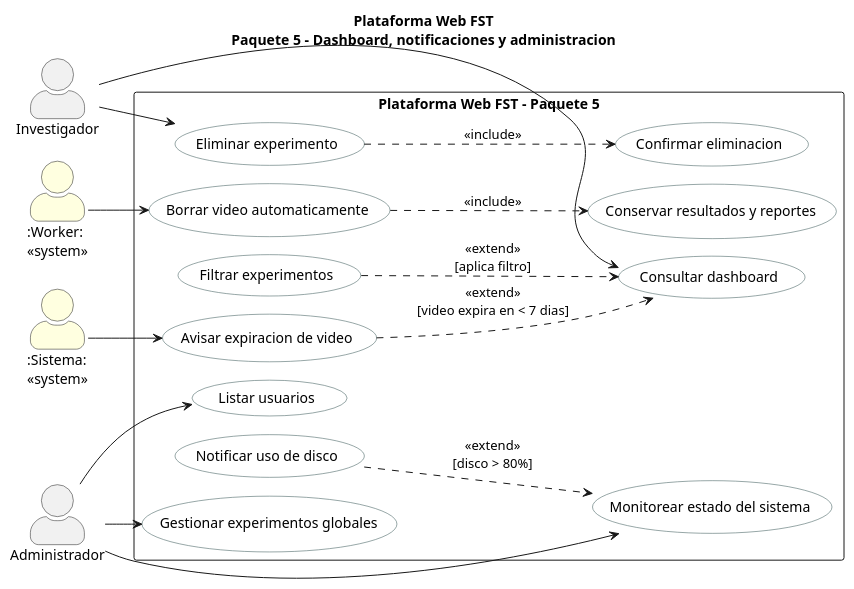
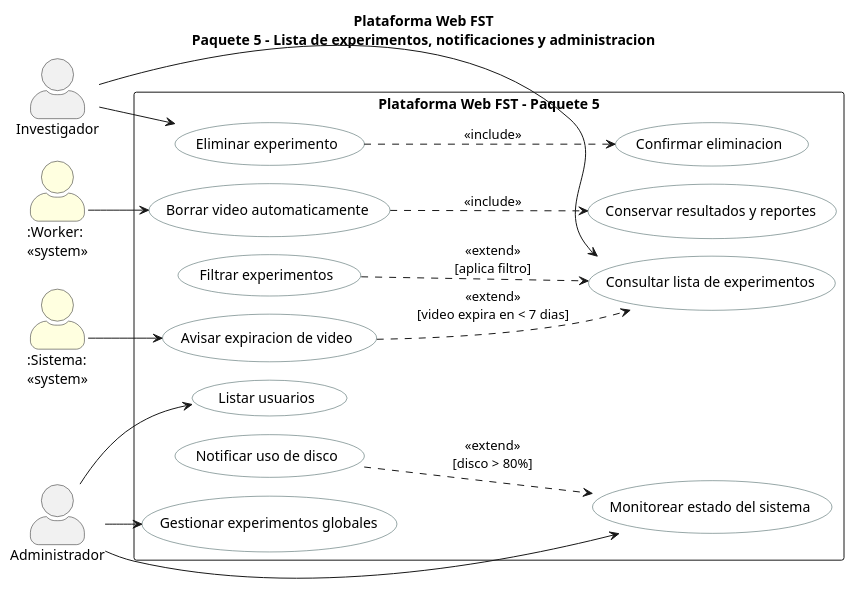
Diagram 21 of 39 in INSTRUCCIONES-WEB.md (ErickJester/fst-ai-system-latex), drawn with PlantUML before and after one commit. The commit also changed other lines of this file and 89 other files, not shown here.

````diff
--- a/INSTRUCCIONES-WEB.md
+++ b/INSTRUCCIONES-WEB.md
@@ -2264,42 +2261,42 @@
 ```plantuml
 @startuml cu_paquete5
 !pragma layout smetana
-title Plataforma Web FST\nPaquete 5 - Dashboard, notificaciones y administracion
+title Plataforma Web FST\nPaquete 5 - Lista de experimentos, notificaciones y administracion
 left to right direction
 skinparam packageStyle rectangle
 skinparam actorStyle awesome
 skinparam usecase {
   BackgroundColor White
   BorderColor DarkSlateGray
 }
 actor "Investigador" as INV
 actor "Administrador" as ADMIN
 actor ":Worker:\n<<system>>" as WRK #LightYellow
 actor ":Sistema:\n<<system>>" as SYS #LightYellow
 rectangle "Plataforma Web FST - Paquete 5" {
-  usecase "Consultar dashboard" as UC51
+  usecase "Consultar lista de experimentos" as UC51
   usecase "Filtrar experimentos" as UC51a
   usecase "Avisar expiracion de video" as UC52
   usecase "Eliminar experimento" as UC53
   usecase "Confirmar eliminacion" as UC53a
   usecase "Borrar video automaticamente" as UC54
   usecase "Conservar resultados y reportes" as UC55
   usecase "Listar usuarios" as UC56
   usecase "Monitorear estado del sistema" as UC57
   usecase "Notificar uso de disco" as UC57a
   usecase "Gestionar experimentos globales" as UC58
 }
 INV --> UC51
 INV --> UC53
 ADMIN --> UC56
 ADMIN --> UC57
 ADMIN --> UC58
 WRK --> UC54
 SYS --> UC52
 UC52 ..> UC51 : <<extend>>\n[video expira en < 7 dias]
 UC51a ..> UC51 : <<extend>>\n[aplica filtro]
 UC57a ..> UC57 : <<extend>>\n[disco > 80%]
 UC53 ..> UC53a : <<include>>
 UC54 ..> UC55 : <<include>>
 @enduml
 ```
````
